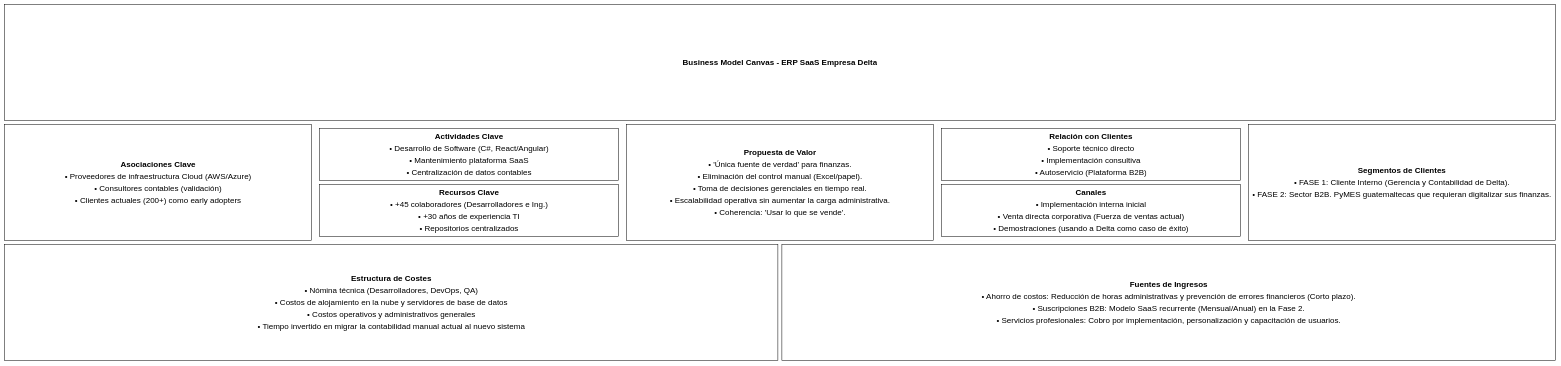
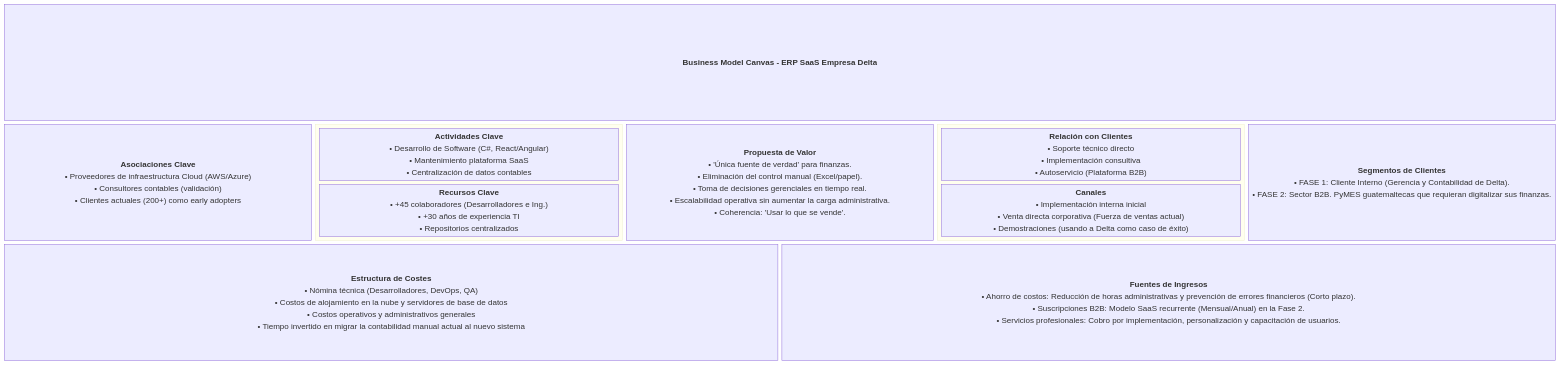
The sixth of 40 diagrams in docs/entregable-12-borrador-integrado.md (DavidsitoPay/erp-contable-delta), drawn with Mermaid before and after one commit. The commit also changed other lines of this file, not shown here.

````diff
--- a/docs/entregable-12-borrador-integrado.md
+++ b/docs/entregable-12-borrador-integrado.md
@@ -819,23 +1028,20 @@
 ```mermaid
-%%{init: {"theme": "base", "themeVariables": {"primaryColor": "#ffffff", "primaryTextColor": "#000000", "primaryBorderColor": "#000000", "lineColor": "#000000", "secondaryColor": "#f2f2f2", "tertiaryColor": "#ffffff", "background": "#ffffff", "fontFamily": "Arial, sans-serif"}}}%%
 block-beta
   columns 10
   T["<b>Business Model Canvas - ERP SaaS Empresa Delta</b>"]:10
   KP["<b>Asociaciones Clave</b><br/>• Proveedores de infraestructura Cloud (AWS/Azure)<br/>• Consultores contables (validación)<br/>• Clientes actuales (200+) como early adopters"]:2
   block:colAct:2
     columns 1
     KA["<b>Actividades Clave</b><br/>• Desarrollo de Software (C#, React/Angular)<br/>• Mantenimiento plataforma SaaS<br/>• Centralización de datos contables"]
     KR["<b>Recursos Clave</b><br/>• +45 colaboradores (Desarrolladores e Ing.)<br/>• +30 años de experiencia TI<br/>• Repositorios centralizados"]
   end
   VP["<b>Propuesta de Valor</b><br/>• 'Única fuente de verdad' para finanzas.<br/>• Eliminación del control manual (Excel/papel).<br/>• Toma de decisiones gerenciales en tiempo real.<br/>• Escalabilidad operativa sin aumentar la carga administrativa.<br/>• Coherencia: 'Usar lo que se vende'."]:2
   block:colRel:2
     columns 1
     CR["<b>Relación con Clientes</b><br/>• Soporte técnico directo<br/>• Implementación consultiva<br/>• Autoservicio (Plataforma B2B)"]
     CH["<b>Canales</b><br/>• Implementación interna inicial<br/>• Venta directa corporativa (Fuerza de ventas actual)<br/>• Demostraciones (usando a Delta como caso de éxito)"]
   end
   SC["<b>Segmentos de Clientes</b><br/>• FASE 1: Cliente Interno (Gerencia y Contabilidad de Delta).<br/>• FASE 2: Sector B2B. PyMES guatemaltecas que requieran digitalizar sus finanzas."]:2
   CS["<b>Estructura de Costes</b><br/>• Nómina técnica (Desarrolladores, DevOps, QA)<br/>• Costos de alojamiento en la nube y servidores de base de datos<br/>• Costos operativos y administrativos generales<br/>• Tiempo invertido en migrar la contabilidad manual actual al nuevo sistema"]:5
   RI["<b>Fuentes de Ingresos</b><br/>• Ahorro de costos: Reducción de horas administrativas y prevención de errores financieros (Corto plazo).<br/>• Suscripciones B2B: Modelo SaaS recurrente (Mensual/Anual) en la Fase 2.<br/>• Servicios profesionales: Cobro por implementación, personalización y capacitación de usuarios."]:5
-  classDef caja fill:#ffffff,stroke:#000000,color:#000000;
-  class KP,KA,KR,VP,CR,CH,SC,CS,RI caja;
 ```
````
